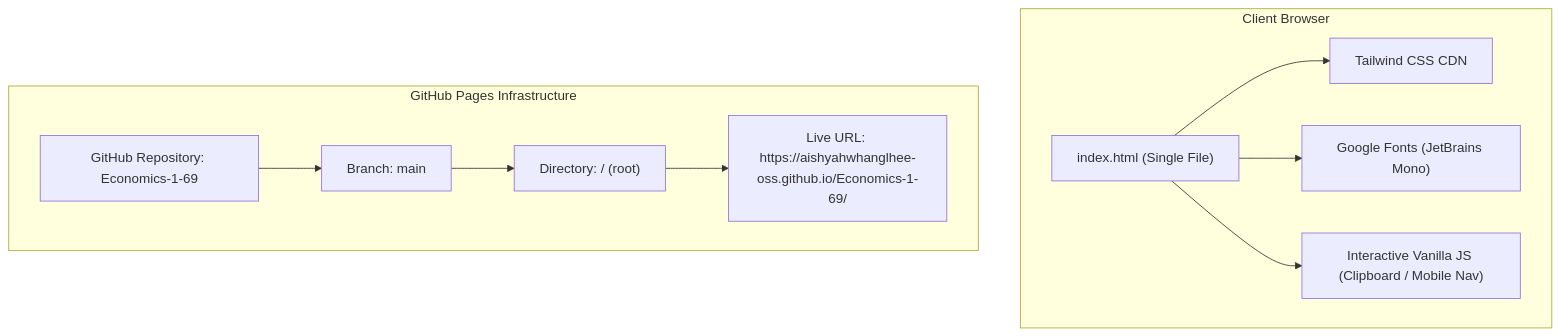
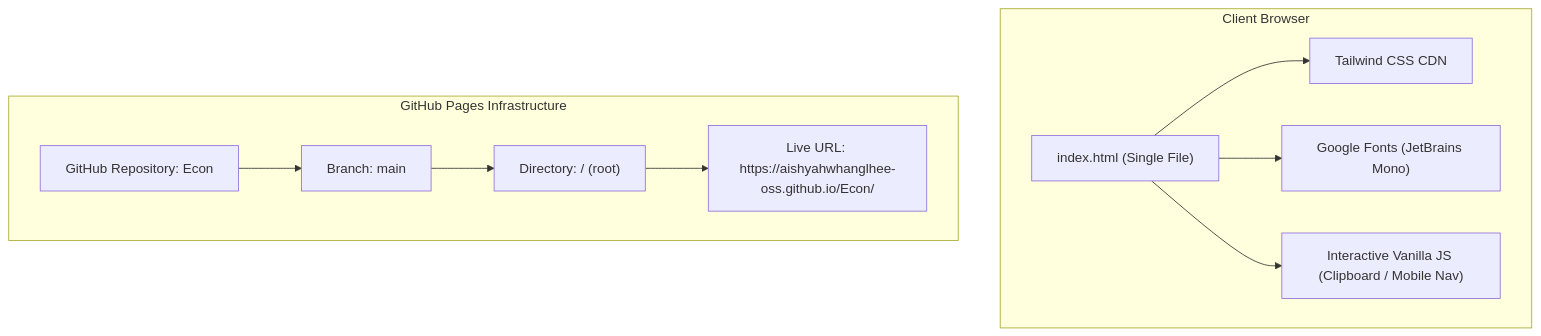
The diagram in plan/our_plan.md (aishyahwhanglhee-oss/Econ), drawn with Mermaid before and after one commit. The commit also changed other lines of this file, not shown here.

Commit message:
docs: update repository reference to Econ

````diff
--- a/plan/our_plan.md
+++ b/plan/our_plan.md
@@ -11,23 +11,23 @@
 ```mermaid
 flowchart TD
     subgraph Client ["Client Browser"]
         A["index.html (Single File)"]
         B["Tailwind CSS CDN"]
         C["Google Fonts (JetBrains Mono)"]
         D["Interactive Vanilla JS (Clipboard / Mobile Nav)"]
     end
 
     subgraph Hosting ["GitHub Pages Infrastructure"]
-        E["GitHub Repository: Economics-1-69"]
+        E["GitHub Repository: Econ"]
         F["Branch: main"]
         G["Directory: / (root)"]
-        H["Live URL: https://aishyahwhanglhee-oss.github.io/Economics-1-69/"]
+        H["Live URL: https://aishyahwhanglhee-oss.github.io/Econ/"]
     end
 
     A --> B
     A --> C
     A --> D
     E --> F
     F --> G
     G --> H
 ```
````
